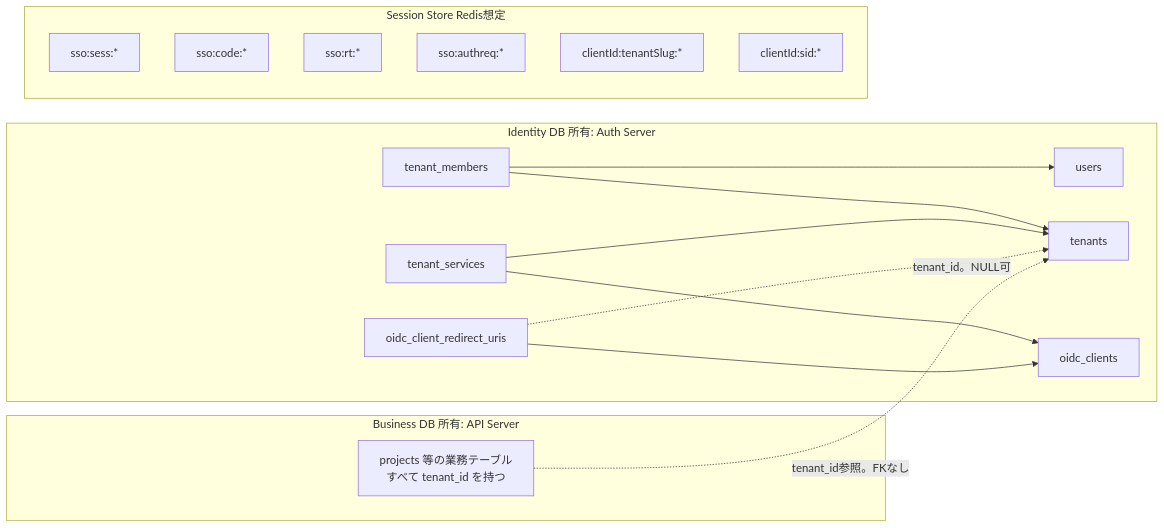
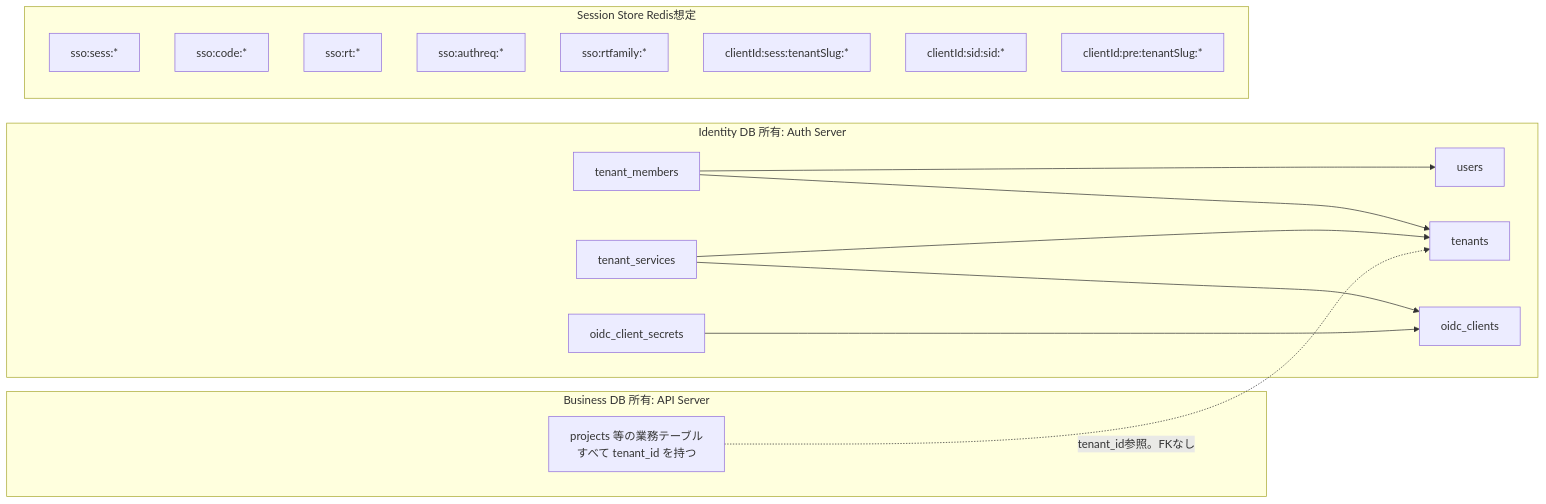
Before and after one commit to daisuke-tanabe/multi-domain-sandbox: the diagram in docs/design/05-data-model.md, drawn with Mermaid. The commit also changed other lines of this file and 120 other files, not shown here.

````diff
--- a/docs/design/05-data-model.md
+++ b/docs/design/05-data-model.md
@@ -12,29 +13,30 @@
 ```mermaid
 flowchart LR
     subgraph IdentityDB ["Identity DB  所有: Auth Server"]
         users
         tenants
         tenant_members
         oidc_clients
-        oidc_client_redirect_uris
+        oidc_client_secrets
         tenant_services
     end
     subgraph BusinessDB ["Business DB  所有: API Server"]
         projects["projects 等の業務テーブル<br/>すべて tenant_id を持つ"]
     end
     subgraph SessionStore ["Session Store  Redis想定"]
         sso["sso:sess:*"]
         code["sso:code:*"]
         rt["sso:rt:*"]
         authreq["sso:authreq:*"]
-        tsess["clientId:tenantSlug:*"]
-        tsid["clientId:sid:*"]
+        rtfamily["sso:rtfamily:*"]
+        tsess["clientId:sess:tenantSlug:*"]
+        tsid["clientId:sid:sid:*"]
+        tpre["clientId:pre:tenantSlug:*"]
     end
     tenant_members --> users
     tenant_members --> tenants
     tenant_services --> tenants
     tenant_services --> oidc_clients
-    oidc_client_redirect_uris --> oidc_clients
-    oidc_client_redirect_uris -. "tenant_id。NULL可" .-> tenants
+    oidc_client_secrets --> oidc_clients
     projects -. "tenant_id参照。FKなし" .-> tenants
 ```
````
